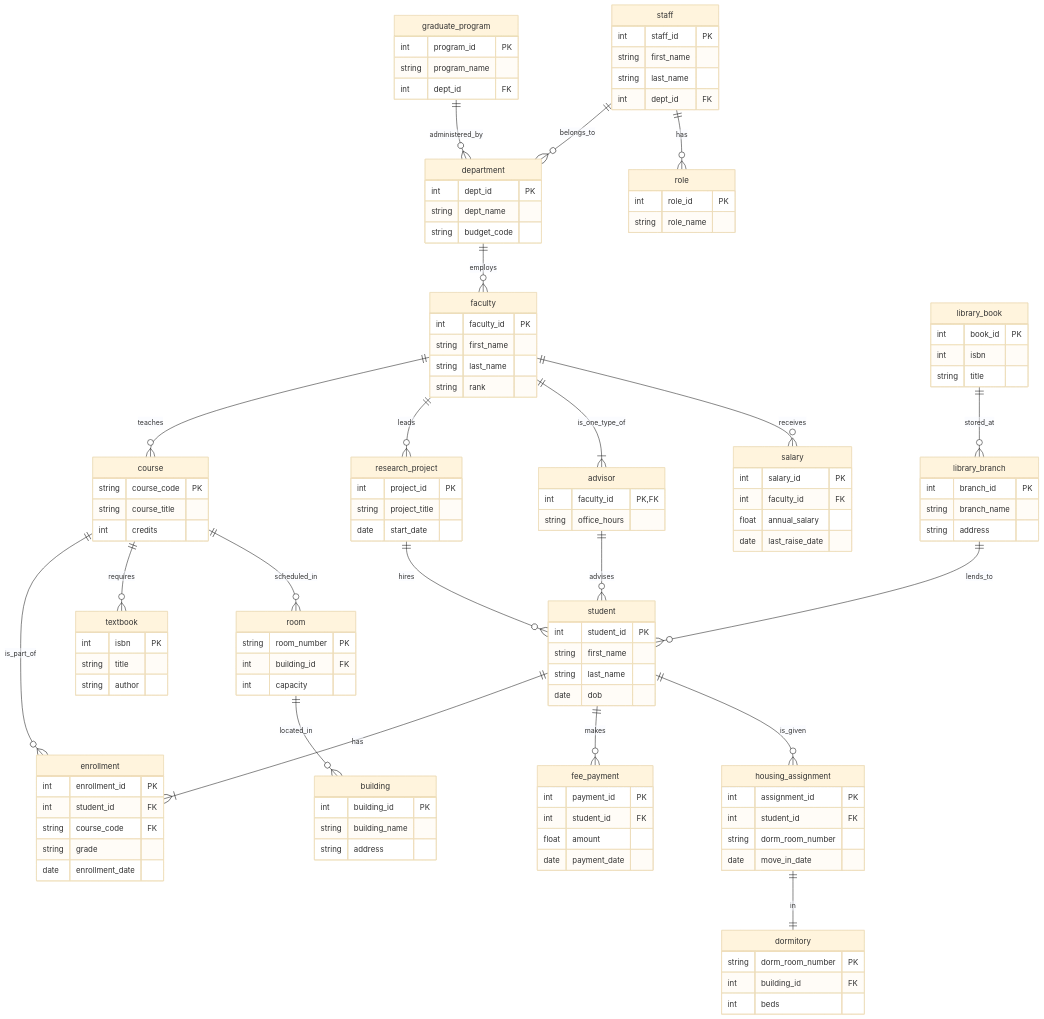
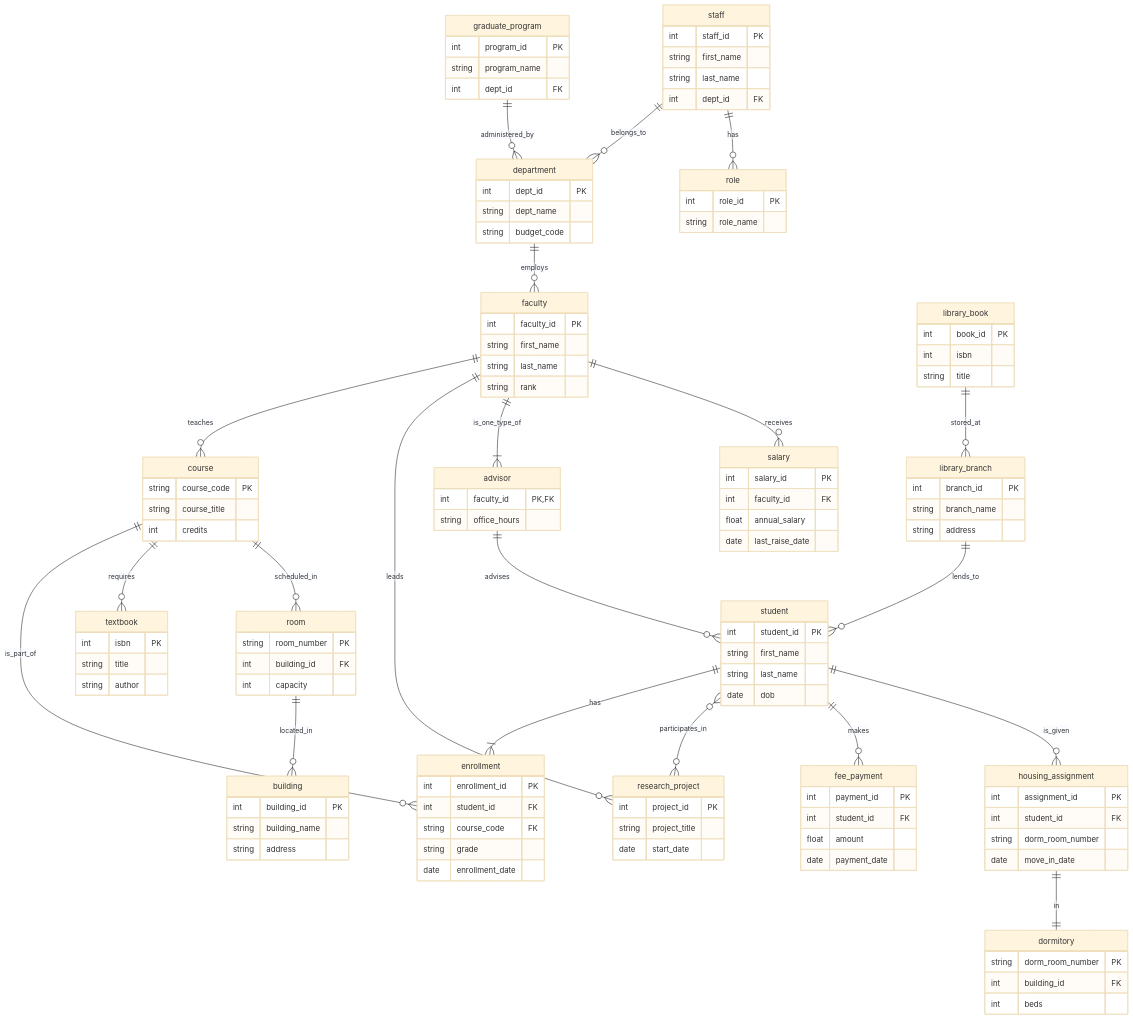
The diagram in client/src/schemas/sample-schemas/university.mmd (shane-jacobeen/schema3d), drawn with Mermaid (base theme) before and after one commit. The commit also changed 5 other files, not shown here.

```diff
--- a/client/src/schemas/sample-schemas/university.mmd
+++ b/client/src/schemas/sample-schemas/university.mmd
@@ -1,123 +1,123 @@
 erDiagram
     student ||--|{ enrollment : has
     faculty ||--o{ course : teaches
     department ||--o{ faculty : employs
     course ||--o{ enrollment : is_part_of
     course ||--o{ textbook : requires
     faculty ||--o{ research_project : leads
-    research_project ||--o{ student : hires
+    student o{--o{ research_project : participates_in
     faculty ||--|{ advisor : is_one_type_of
     advisor ||--o{ student : advises
     graduate_program ||--o{ department : administered_by
     student ||--o{ fee_payment : makes
     faculty ||--o{ salary : receives
     staff ||--o{ department : belongs_to
     staff ||--o{ role : has
     course ||--o{ room : scheduled_in
     room ||--o{ building : located_in
     student ||--o{ housing_assignment : is_given
     housing_assignment ||--|| dormitory : in
     library_book ||--o{ library_branch : stored_at
     library_branch ||--o{ student : lends_to
 
     student {
         int student_id PK
         string first_name
         string last_name
         date dob
     }
     faculty {
         int faculty_id PK
         string first_name
         string last_name
         string rank
     }
     department {
         int dept_id PK
         string dept_name
         string budget_code
     }
     course {
         string course_code PK
         string course_title
         int credits
     }
     enrollment {
         int enrollment_id PK
         int student_id FK
         string course_code FK
         string grade
         date enrollment_date
     }
     research_project {
         int project_id PK
         string project_title
         date start_date
     }
     graduate_program {
         int program_id PK
         string program_name
         int dept_id FK
     }
     advisor {
         int faculty_id PK, FK
         string office_hours
     }
     textbook {
         int isbn PK
         string title
         string author
     }
     fee_payment {
         int payment_id PK
         int student_id FK
         float amount
         date payment_date
     }
     salary {
         int salary_id PK
         int faculty_id FK
         float annual_salary
         date last_raise_date
     }
     staff {
         int staff_id PK
         string first_name
         string last_name
         int dept_id FK
     }
     role {
         int role_id PK
         string role_name
     }
     room {
         string room_number PK
         int building_id FK
         int capacity
     }
     building {
         int building_id PK
         string building_name
         string address
     }
     housing_assignment {
         int assignment_id PK
         int student_id FK
         string dorm_room_number
         date move_in_date
     }
     dormitory {
         string dorm_room_number PK
         int building_id FK
         int beds
     }
     library_book {
         int book_id PK
         int isbn
         string title
     }
     library_branch {
         int branch_id PK
         string branch_name
         string address
     }
```
